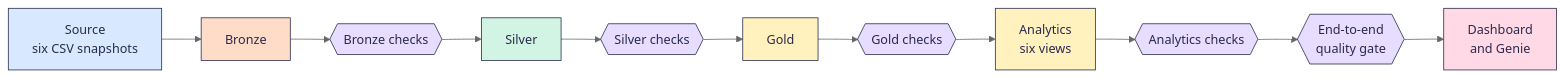
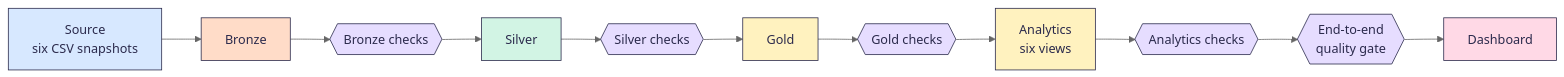
The diagram in README.md (Buildabida/infra-project-monitoring), drawn with Mermaid (neutral theme) before and after one commit. The commit also changed other lines of this file and 19 other files, not shown here.

````diff
--- a/README.md
+++ b/README.md
@@ -62,14 +68,14 @@
 ```mermaid
 flowchart LR
     S["Source<br>six CSV snapshots"]:::src --> B["Bronze"]:::bronze --> BV{{"Bronze checks"}}:::val
     BV --> SV["Silver"]:::silver --> SVV{{"Silver checks"}}:::val
     SVV --> G["Gold"]:::gold --> GV{{"Gold checks"}}:::val
     GV --> A["Analytics<br>six views"]:::gold --> AV{{"Analytics checks"}}:::val
-    AV --> Q{{"End-to-end<br>quality gate"}}:::val --> D["Dashboard<br>and Genie"]:::dash
+    AV --> Q{{"End-to-end<br>quality gate"}}:::val --> D["Dashboard"]:::dash
     classDef src fill:#D7E8FF,stroke:#2B2A4C,color:#2B2A4C
     classDef bronze fill:#FFDCC8,stroke:#2B2A4C,color:#2B2A4C
     classDef silver fill:#D2F4E4,stroke:#2B2A4C,color:#2B2A4C
     classDef gold fill:#FFF2BF,stroke:#2B2A4C,color:#2B2A4C
     classDef val fill:#E6DDFF,stroke:#2B2A4C,color:#2B2A4C
     classDef dash fill:#FFD9E6,stroke:#2B2A4C,color:#2B2A4C
 ```
````
